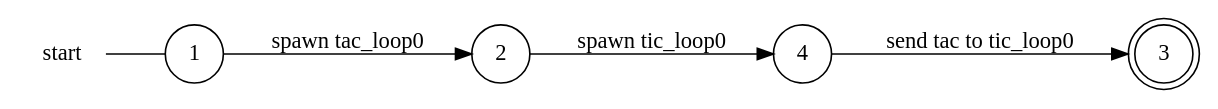
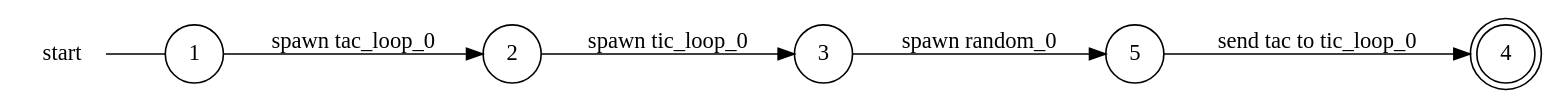
The diagram in examples/ticktack/start_local_view.dot (gabrielegenovese/chorer), drawn with Graphviz before and after one commit. The commit also changed 8 other files, not shown here.

```diff
--- a/examples/ticktack/start_local_view.dot
+++ b/examples/ticktack/start_local_view.dot
@@ -1,13 +1,15 @@
 digraph start {
 	rankdir="LR";
 	n_0 [label="start", shape="plaintext"];
-	n_1 [id="1", shape=circle, label="1"];
-	n_0 -> n_1 [arrowhead=none];
-	n_2 [id="2", shape=circle, label="2"];
-	n_3 [id="4", shape=circle, label="4"];
-	n_4 [id="3", shape=doublecircle, label="3"];
+	n_1 [id="5", shape=circle, label="5"];
+	n_2 [id="1", shape=circle, label="1"];
+	n_0 -> n_2 [arrowhead=none];
+	n_3 [id="2", shape=circle, label="2"];
+	n_4 [id="4", shape=doublecircle, label="4"];
+	n_5 [id="3", shape=circle, label="3"];
 
-	n_3 -> n_4 [id="[$e|2]", label="send tac to tic_loop0"];
-	n_2 -> n_3 [id="[$e|0]", label="spawn tic_loop0"];
-	n_1 -> n_2 [id="[$e|1]", label="spawn tac_loop0"];
+	n_3 -> n_5 [id="[$e|2]", label="spawn tic_loop_0"];
+	n_1 -> n_4 [id="[$e|0]", label="send tac to tic_loop_0"];
+	n_5 -> n_1 [id="[$e|1]", label="spawn random_0"];
+	n_2 -> n_3 [id="[$e|3]", label="spawn tac_loop_0"];
 }
```
